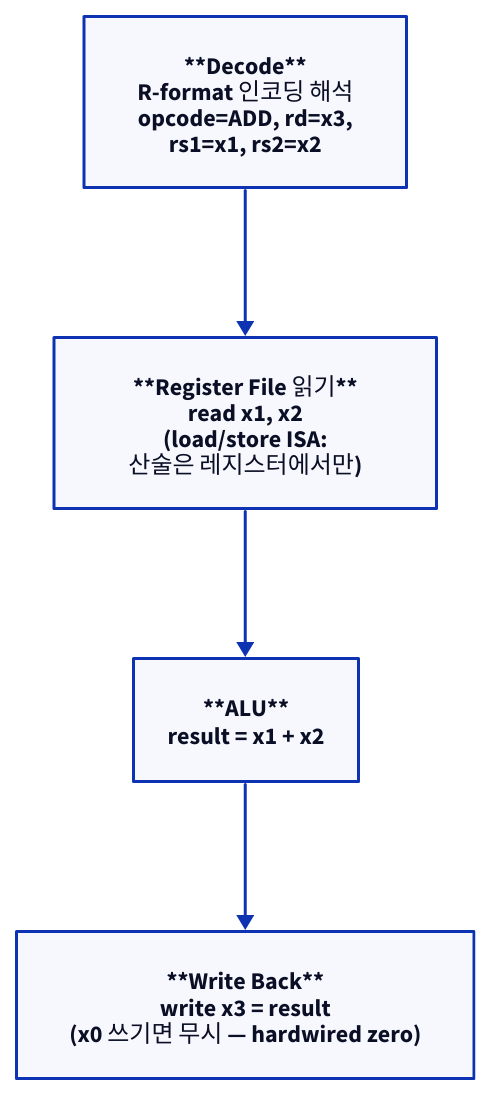
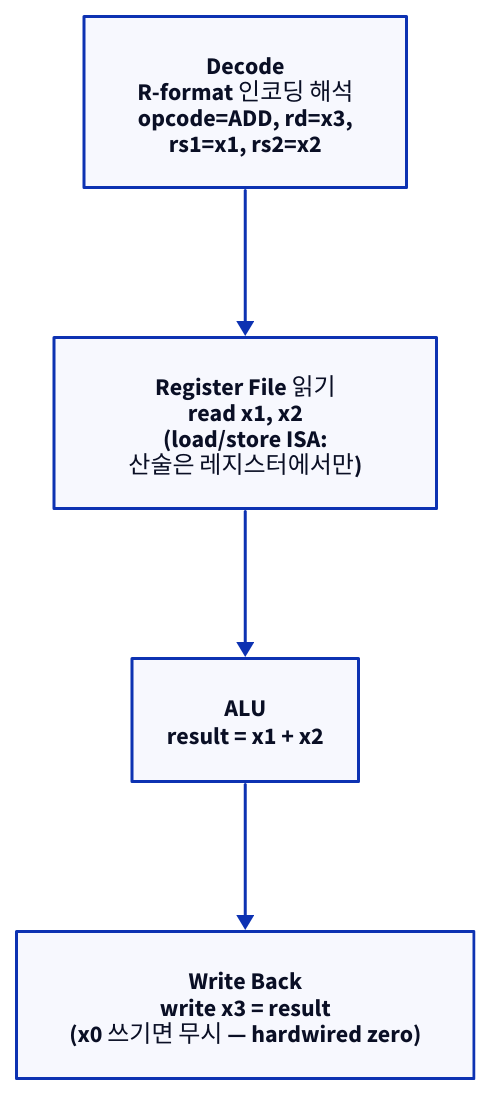
One commit to humbleowl39/DV_SKOOL changed the second of 4 diagrams in starlight_site/src/content/docs/computer_architecture/05_isa_riscv.md. Above: the diagram before and after it, drawn with D2. The commit also changed other lines of this file and 714 other files, not shown here.

First line of the commit message:
fix(site): d2 다이어그램 가독성 결함 6종 일괄 수정

````diff
--- a/starlight_site/src/content/docs/computer_architecture/05_isa_riscv.md
+++ b/starlight_site/src/content/docs/computer_architecture/05_isa_riscv.md
@@ -66,10 +66,10 @@
 ```d2
 direction: down
 
-DEC: "**Decode**\nR-format 인코딩 해석\nopcode=ADD, rd=x3,\nrs1=x1, rs2=x2"
-RF: "**Register File 읽기**\nread x1, x2\n(load/store ISA:\n산술은 레지스터에서만)"
-ALU: "**ALU**\nresult = x1 + x2"
-WB: "**Write Back**\nwrite x3 = result\n(x0 쓰기면 무시 — hardwired zero)"
+DEC: "Decode\nR-format 인코딩 해석\nopcode=ADD, rd=x3,\nrs1=x1, rs2=x2"
+RF: "Register File 읽기\nread x1, x2\n(load/store ISA:\n산술은 레지스터에서만)"
+ALU: "ALU\nresult = x1 + x2"
+WB: "Write Back\nwrite x3 = result\n(x0 쓰기면 무시 — hardwired zero)"
 
 DEC -> RF -> ALU -> WB
 ```
````
